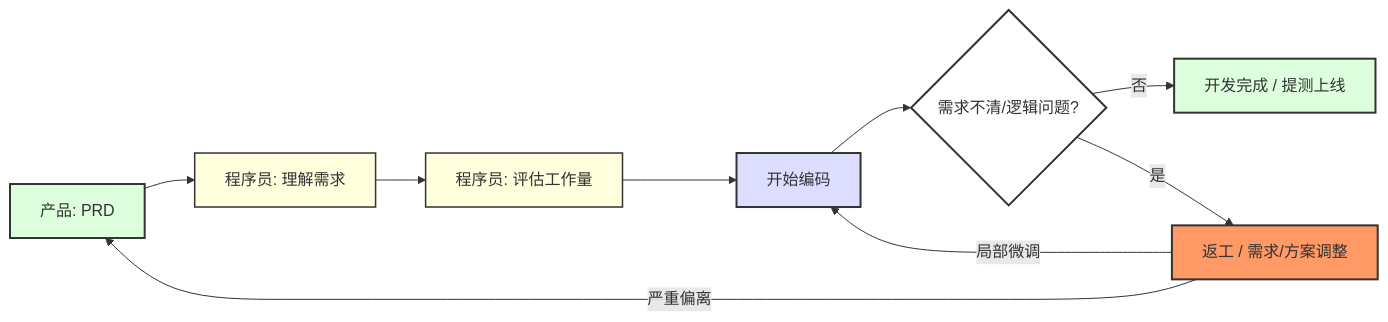
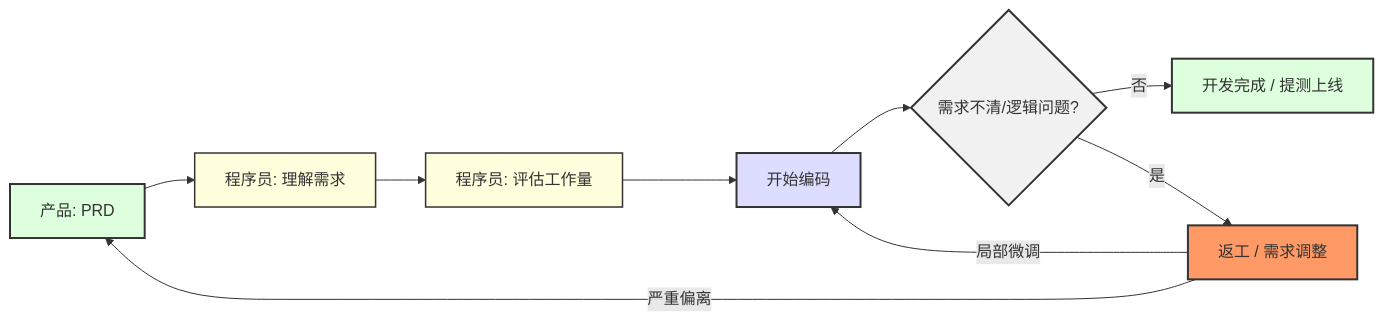
The third of 11 diagrams in start-here/AI-Era-Programmers-as-Requirements-Engineers.md (microwind/algorithms), drawn with Mermaid before and after one commit. The commit also changed other lines of this file and 3 other files, not shown here.

````diff
--- a/start-here/AI-Era-Programmers-as-Requirements-Engineers.md
+++ b/start-here/AI-Era-Programmers-as-Requirements-Engineers.md
@@ -201,23 +201,23 @@
 ```mermaid
 graph LR
     %% 主流程
     A[产品: PRD] --> B[程序员: 理解需求]
     B --> C[程序员: 评估工作量]
     C --> D[开始编码]
     D --> E{需求不清/逻辑问题?}
 
     %% 返工循环
     F -- 严重偏离 --> A
     F -- 局部微调 --> D
     E -- 否 --> G[开发完成 / 提测上线]
-    E -- 是 --> F[返工 / 需求/方案调整]
+    E -- 是 --> F[返工 / 需求调整]
 
     %% 样式
     style A fill:#dfd,stroke:#333,stroke-width:2px
     style B fill:#ffd,stroke:#333,stroke-width:1.5px
     style C fill:#ffd,stroke:#333,stroke-width:1.5px
     style D fill:#ddf,stroke:#333,stroke-width:2px
-    style E fill:#fff,stroke:#333,stroke-width:2px
+    style E fill:#f1f1f1,stroke:#333,stroke-width:2px
     style F fill:#f96,stroke:#333,stroke-width:2px
     style G fill:#dfd,stroke:#333,stroke-width:2px
 ```
````
